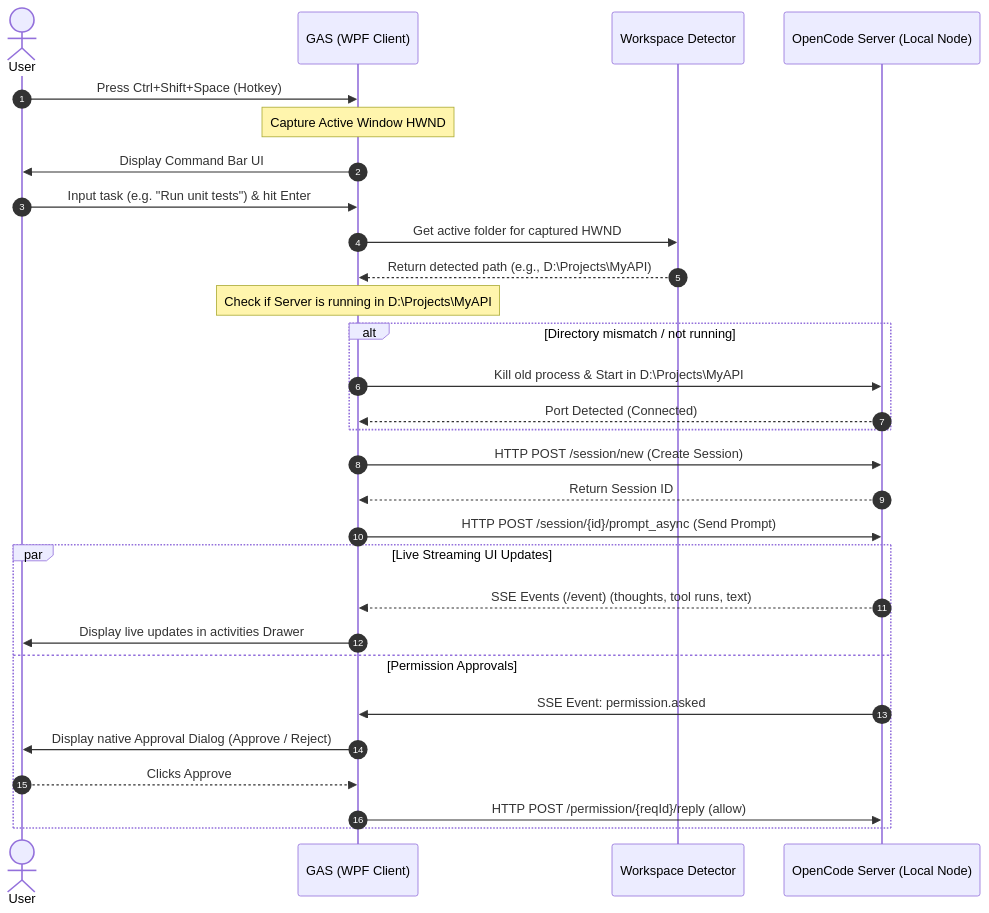
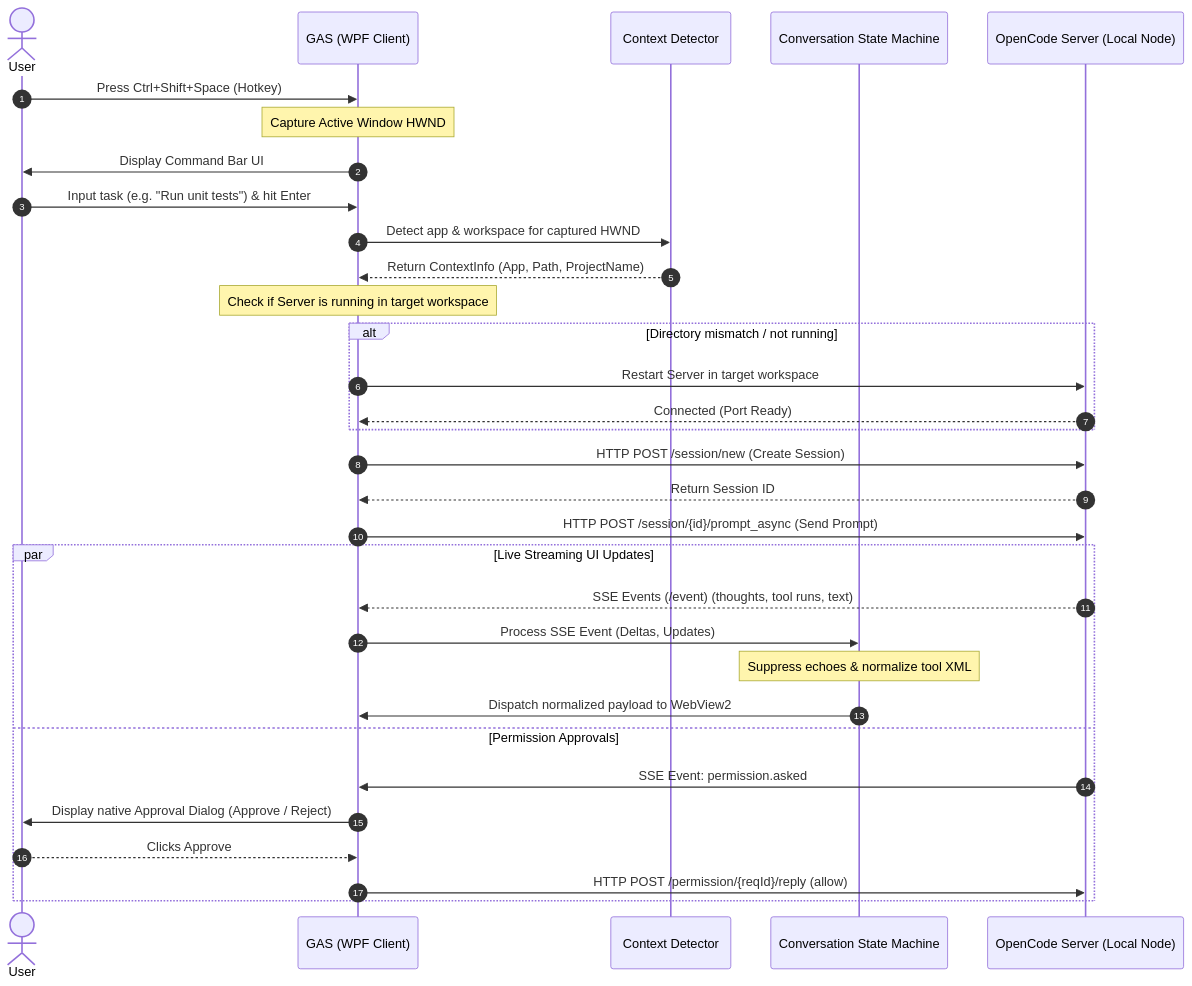
Before and after one commit to heisenberghz/GAS: the diagram in README.md, drawn with Mermaid. The commit also changed other lines of this file, not shown here.

````diff
--- a/README.md
+++ b/README.md
@@ -36,36 +36,39 @@
 ```mermaid
 sequenceDiagram
     autonumber
     actor User
     participant App as GAS (WPF Client)
-    participant WD as Workspace Detector
+    participant CD as Context Detector
+    participant State as Conversation State Machine
     participant Server as OpenCode Server (Local Node)
     
     User->>App: Press Ctrl+Shift+Space (Hotkey)
     Note over App: Capture Active Window HWND
     App->>User: Display Command Bar UI
     User->>App: Input task (e.g. "Run unit tests") & hit Enter
     
-    App->>WD: Get active folder for captured HWND
-    WD-->>App: Return detected path (e.g., D:\Projects\MyAPI)
+    App->>CD: Detect app & workspace for captured HWND
+    CD-->>App: Return ContextInfo (App, Path, ProjectName)
     
-    Note over App: Check if Server is running in D:\Projects\MyAPI
+    Note over App: Check if Server is running in target workspace
     alt Directory mismatch / not running
-        App->>Server: Kill old process & Start in D:\Projects\MyAPI
-        Server-->>App: Port Detected (Connected)
+        App->>Server: Restart Server in target workspace
+        Server-->>App: Connected (Port Ready)
     end
     
     App->>Server: HTTP POST /session/new (Create Session)
     Server-->>App: Return Session ID
     App->>Server: HTTP POST /session/{id}/prompt_async (Send Prompt)
     
     par Live Streaming UI Updates
         Server-->>App: SSE Events (/event) (thoughts, tool runs, text)
-        App->>User: Display live updates in activities Drawer
+        App->>State: Process SSE Event (Deltas, Updates)
+        Note over State: Suppress echoes & normalize tool XML
+        State->>App: Dispatch normalized payload to WebView2
     and Permission Approvals
         Server->>App: SSE Event: permission.asked
         App->>User: Display native Approval Dialog (Approve / Reject)
         User-->>App: Clicks Approve
         App->>Server: HTTP POST /permission/{reqId}/reply (allow)
     end
 ```
````
